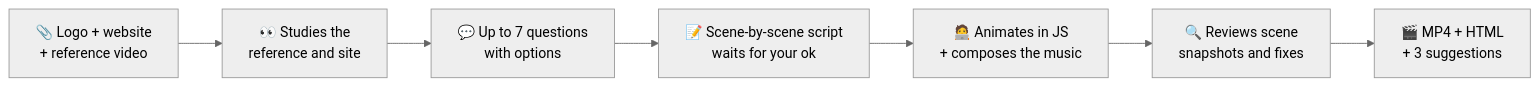
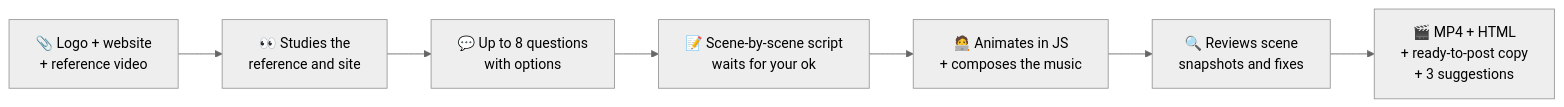
The diagram in README.en.md (flavioduque/Jsmotion-skill), drawn with Mermaid (neutral theme) before and after one commit. The commit also changed other lines of this file and 19 other files, not shown here.

````diff
--- a/README.en.md
+++ b/README.en.md
@@ -287,9 +287,9 @@
 ```mermaid
 flowchart LR
     A["📎 Logo + website<br/>+ reference video"] --> B["👀 Studies the<br/>reference and site"]
-    B --> C["💬 Up to 7 questions<br/>with options"]
+    B --> C["💬 Up to 8 questions<br/>with options"]
     C --> D["📝 Scene-by-scene script<br/>waits for your ok"]
     D --> E["🧑‍💻 Animates in JS<br/>+ composes the music"]
     E --> F["🔍 Reviews scene<br/>snapshots and fixes"]
-    F --> G["🎬 MP4 + HTML<br/>+ 3 suggestions"]
+    F --> G["🎬 MP4 + HTML<br/>+ ready-to-post copy<br/>+ 3 suggestions"]
 ```
````
